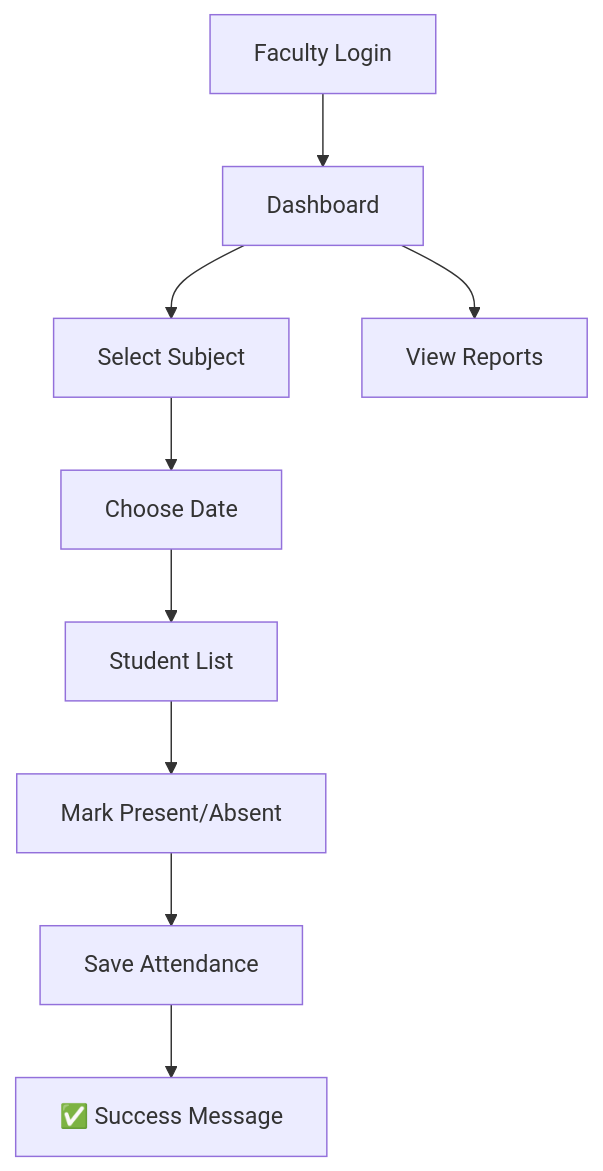
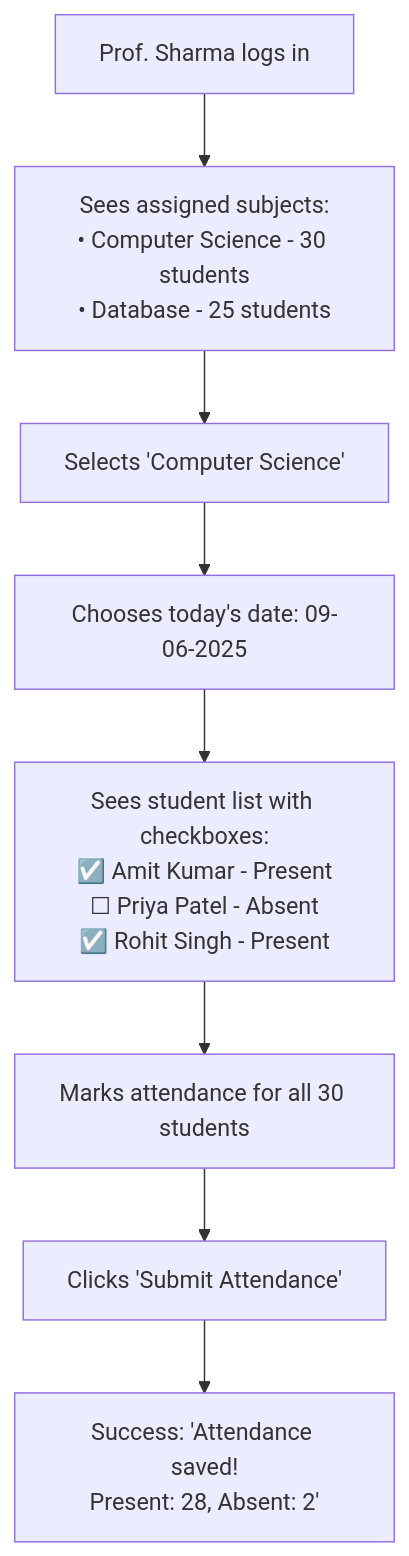
Before and after one commit to shahdhairyah/Attendance-system: the second of 3 diagrams in README.md, drawn with Mermaid. The commit also changed other lines of this file, not shown here.

````diff
--- a/README.md
+++ b/README.md
@@ -50,11 +75,10 @@
 ```mermaid
 flowchart TD
-    A[Faculty Login] --> B[Dashboard]
-    B --> C[Select Subject]
-    B --> D[View Reports]
-    C --> E[Choose Date]
-    E --> F[Student List]
-    F --> G[Mark Present/Absent]
-    G --> H[Save Attendance]
-    H --> I[✅ Success Message]
+    A[Prof. Sharma logs in] --> B[Sees assigned subjects:<br/>• Computer Science - 30 students<br/>• Database - 25 students]
+    B --> C[Selects 'Computer Science']
+    C --> D[Chooses today's date: 09-06-2025]
+    D --> E[Sees student list with checkboxes:<br/>☑️ Amit Kumar - Present<br/>☐ Priya Patel - Absent<br/>☑️ Rohit Singh - Present]
+    E --> F[Marks attendance for all 30 students]
+    F --> G[Clicks 'Submit Attendance']
+    G --> H[Success: 'Attendance saved!<br/>Present: 28, Absent: 2']
 ```
````
